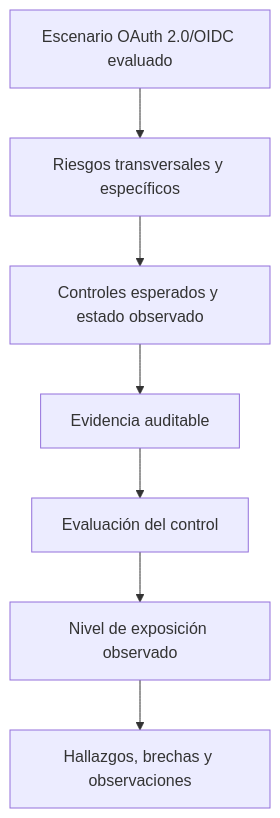
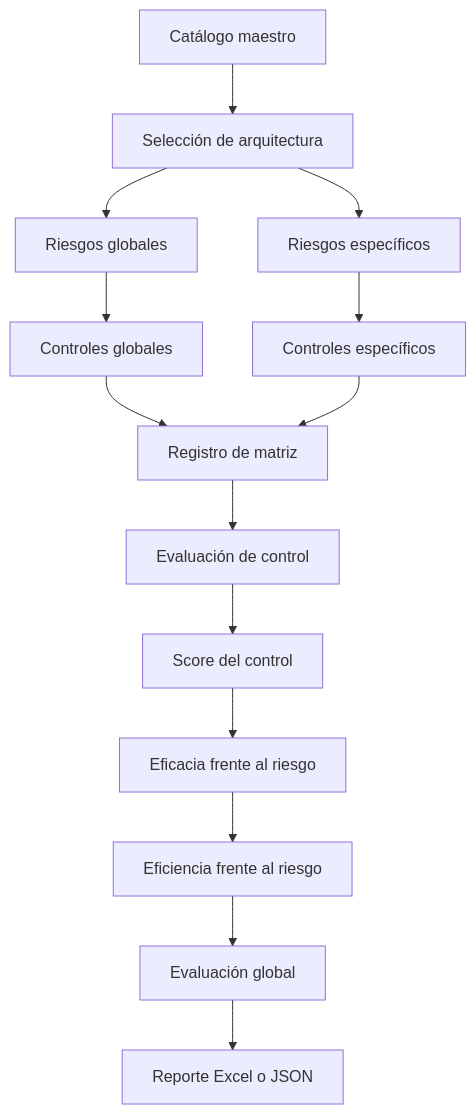
One commit to FredyRosero/evaluacion-controles-oauth2-oidc changed the first of 19 diagrams in tesis/README.md. Above: the diagram before and after it, drawn with Mermaid. The commit also changed other lines of this file, not shown here.

```diff
--- a/tesis/README.md
+++ b/tesis/README.md
@@ -156,9 +118,16 @@
 ~~~mermaid
 graph TD
-A[Escenario OAuth 2.0/OIDC evaluado] --> B[Riesgos transversales y específicos]
-B --> C[Controles esperados y estado observado]
-C --> D[Evidencia auditable]
-D --> E[Evaluación del control]
-E --> F[Nivel de exposición observado]
-F --> G[Hallazgos, brechas y observaciones]
+    A[Catálogo maestro] --> B[Selección de arquitectura]
+    B --> C[Riesgos globales]
+    B --> D[Riesgos específicos]
+    C --> E[Controles globales]
+    D --> F[Controles específicos]
+    E --> G[Registro de matriz]
+    F --> G
+    G --> H[Evaluación de control]
+    H --> I[Score del control]
+    I --> J[Eficacia frente al riesgo]
+    J --> K[Eficiencia frente al riesgo]
+    K --> L[Evaluación global]
+    L --> M[Reporte Excel o JSON]
 ~~~
```
